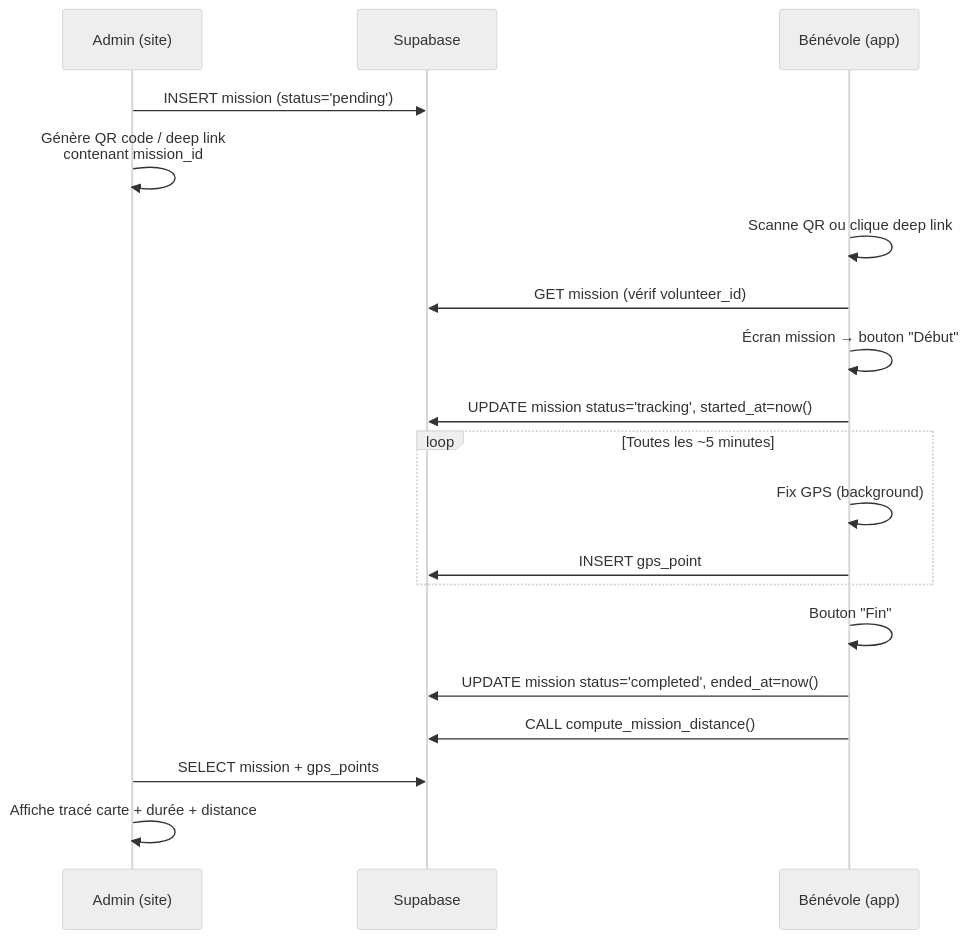
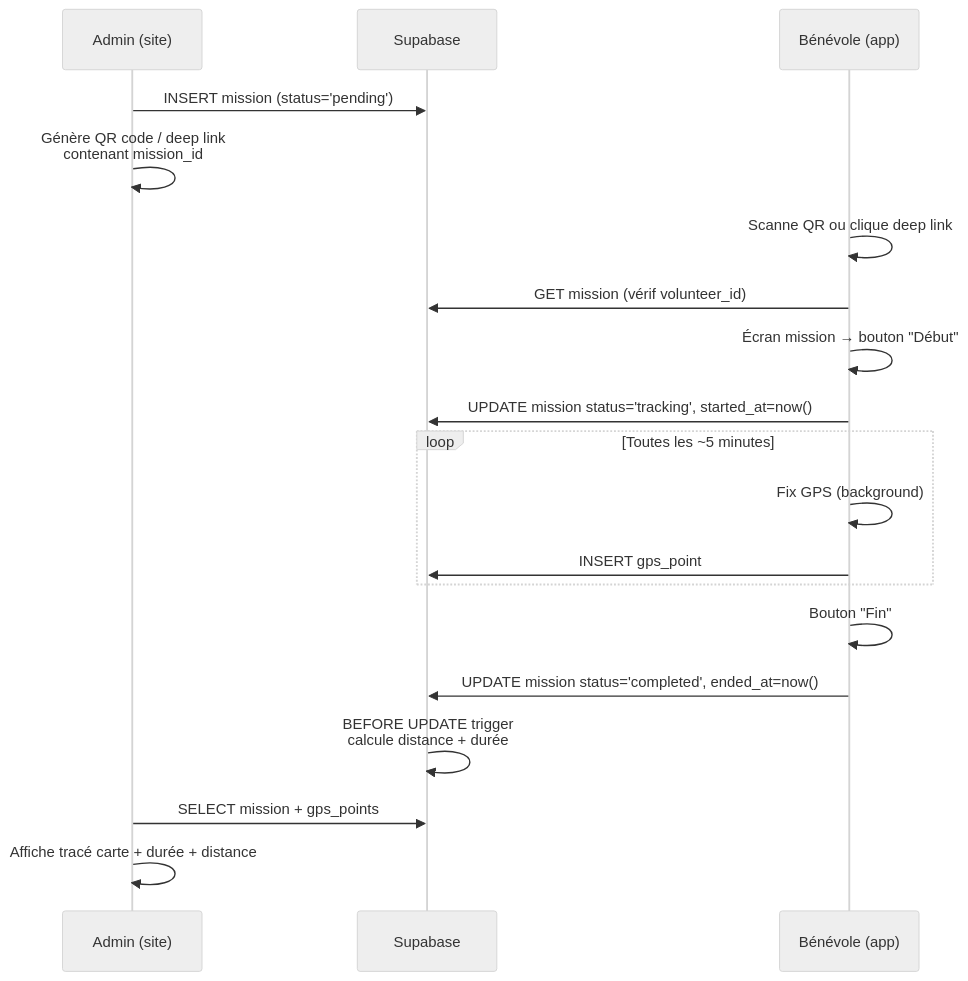
Before and after one commit to maxd4/CleanmyMap: the second of 2 diagrams in apps/mobile/architecture_gps_companion.md, drawn with Mermaid (neutral theme). The commit also changed other lines of this file and 12 other files, not shown here.

Commit message:
fix(security): finalize mission metrics with invoker trigger

````diff
--- a/apps/mobile/architecture_gps_companion.md
+++ b/apps/mobile/architecture_gps_companion.md
@@ -170,26 +141,26 @@
 ```mermaid
 sequenceDiagram
     participant Admin as Admin (site)
     participant DB as Supabase
     participant Vol as Bénévole (app)
 
     Admin->>DB: INSERT mission (status='pending')
     Admin->>Admin: Génère QR code / deep link<br/>contenant mission_id
 
     Vol->>Vol: Scanne QR ou clique deep link
     Vol->>DB: GET mission (vérif volunteer_id)
     Vol->>Vol: Écran mission → bouton "Début"
 
     Vol->>DB: UPDATE mission status='tracking', started_at=now()
     loop Toutes les ~5 minutes
         Vol->>Vol: Fix GPS (background)
         Vol->>DB: INSERT gps_point
     end
 
     Vol->>Vol: Bouton "Fin"
     Vol->>DB: UPDATE mission status='completed', ended_at=now()
-    Vol->>DB: CALL compute_mission_distance()
+    DB->>DB: BEFORE UPDATE trigger<br/>calcule distance + durée
 
     Admin->>DB: SELECT mission + gps_points
     Admin->>Admin: Affiche tracé carte + durée + distance
 ```
````
